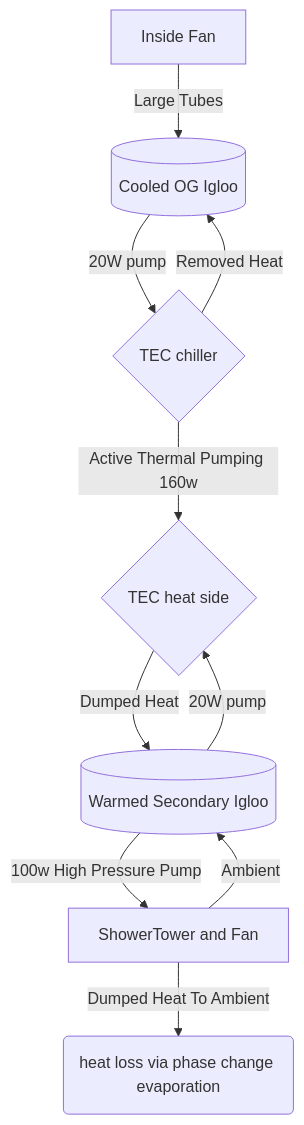
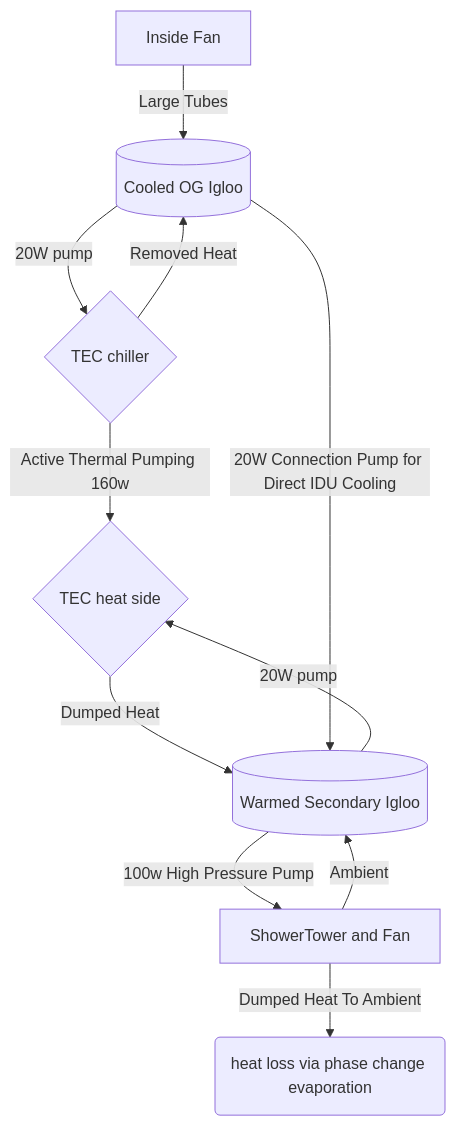
One commit to ericdmoore/casitaAzul changed the diagram in src/cooling/readme.md. Above: the diagram before and after it, drawn with Mermaid. The commit also changed other lines of this file, not shown here.

Commit message:
diagram updates.11

````diff
--- a/src/cooling/readme.md
+++ b/src/cooling/readme.md
@@ -28,13 +36,14 @@
 ```mermaid
 flowchart TD
-
    IDU[Inside Fan] -->|Large Tubes| IDUtub[(Cooled OG Igloo)]
    IDUtub -->|20W pump| TECcold{TEC chiller}
    TECcold --> |Removed Heat| IDUtub
    TECcold --> |Active Thermal Pumping 160w| TEChot{TEC heat side}
    ODUtub[(Warmed Secondary Igloo)] -->|20W pump| TEChot
    TEChot -->|Dumped Heat| ODUtub
    ODUtub --> |100w High Pressure Pump| ShowerTower[ShowerTower and Fan]
    ShowerTower --> |Ambient| ODUtub
    ShowerTower --> |Dumped Heat To Ambient| air(heat loss via phase change evaporation)
+
+   IDUtub -->|20W Connection Pump for Direct IDU Cooling| ODUtub
 ```
````
